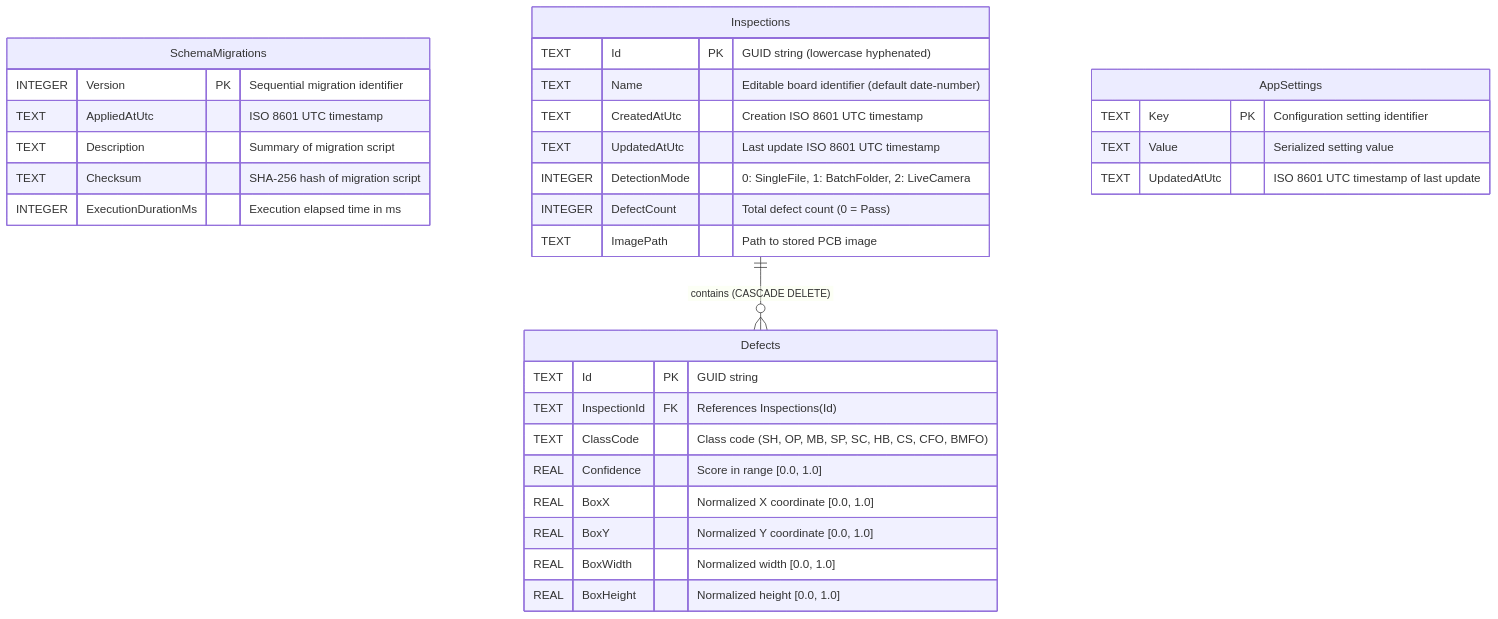
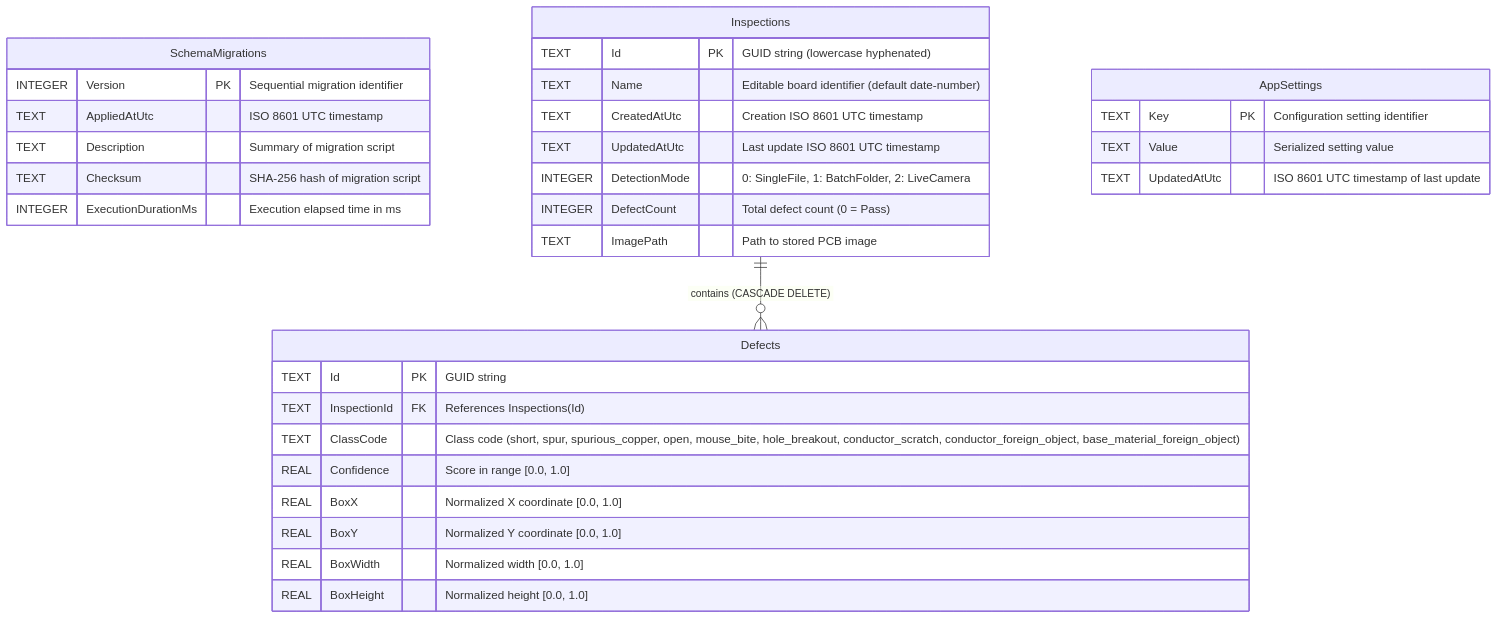
One commit to ricky-kiva/pcb-deftek changed the diagram in specs/2026-11-10-domain-models-database-persistence/resources/database-erd.md. Above: the diagram before and after it, drawn with Mermaid. The commit also changed other lines of this file and 4 other files, not shown here.

````diff
--- a/specs/2026-11-10-domain-models-database-persistence/resources/database-erd.md
+++ b/specs/2026-11-10-domain-models-database-persistence/resources/database-erd.md
@@ -5,39 +5,39 @@
 ```mermaid
 erDiagram
     SchemaMigrations {
         INTEGER Version PK "Sequential migration identifier"
         TEXT AppliedAtUtc "ISO 8601 UTC timestamp"
         TEXT Description "Summary of migration script"
         TEXT Checksum "SHA-256 hash of migration script"
         INTEGER ExecutionDurationMs "Execution elapsed time in ms"
     }
 
     Inspections {
         TEXT Id PK "GUID string (lowercase hyphenated)"
         TEXT Name "Editable board identifier (default date-number)"
         TEXT CreatedAtUtc "Creation ISO 8601 UTC timestamp"
         TEXT UpdatedAtUtc "Last update ISO 8601 UTC timestamp"
         INTEGER DetectionMode "0: SingleFile, 1: BatchFolder, 2: LiveCamera"
         INTEGER DefectCount "Total defect count (0 = Pass)"
         TEXT ImagePath "Path to stored PCB image"
     }
 
     Defects {
         TEXT Id PK "GUID string"
         TEXT InspectionId FK "References Inspections(Id)"
-        TEXT ClassCode "Class code (SH, OP, MB, SP, SC, HB, CS, CFO, BMFO)"
+        TEXT ClassCode "Class code (short, spur, spurious_copper, open, mouse_bite, hole_breakout, conductor_scratch, conductor_foreign_object, base_material_foreign_object)"
         REAL Confidence "Score in range [0.0, 1.0]"
         REAL BoxX "Normalized X coordinate [0.0, 1.0]"
         REAL BoxY "Normalized Y coordinate [0.0, 1.0]"
         REAL BoxWidth "Normalized width [0.0, 1.0]"
         REAL BoxHeight "Normalized height [0.0, 1.0]"
     }
 
     AppSettings {
         TEXT Key PK "Configuration setting identifier"
         TEXT Value "Serialized setting value"
         TEXT UpdatedAtUtc "ISO 8601 UTC timestamp of last update"
     }
 
     Inspections ||--o{ Defects : "contains (CASCADE DELETE)"
 ```
````
